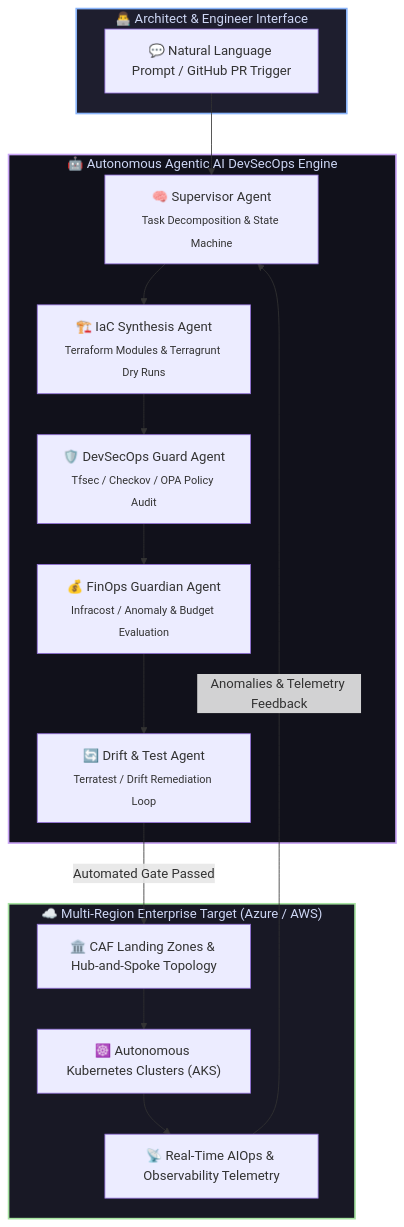
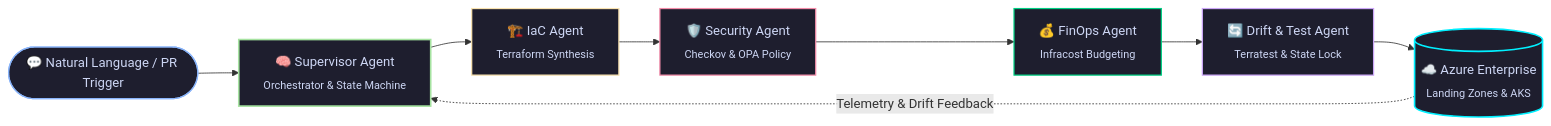
One commit to saurabh2017sln-oss/saurabh2017sln-oss changed the first of 12 diagrams in README.md. Above: the diagram before and after it, drawn with Mermaid. The commit also changed other lines of this file, not shown here.

Commit message:
feat: redesign multi-agent architecture to horizontal layout with interactive CLI terminal and role matrix

````diff
--- a/README.md
+++ b/README.md
@@ -99,34 +99,18 @@
 ```mermaid
-flowchart TD
-    subgraph UserLayer["👨‍💻 Architect & Engineer Interface"]
-        Prompt["💬 Natural Language Prompt / GitHub PR Trigger"]
-    end
+flowchart LR
+    User(["💬 Natural Language / PR Trigger"]) --> Sup["🧠 Supervisor Agent<br/><sub>Orchestrator & State Machine</sub>"]
+    Sup --> IaC["🏗️ IaC Agent<br/><sub>Terraform Synthesis</sub>"]
+    IaC --> Sec["🛡️ Security Agent<br/><sub>Checkov & OPA Policy</sub>"]
+    Sec --> Fin["💰 FinOps Agent<br/><sub>Infracost Budgeting</sub>"]
+    Fin --> Drift["🔄 Drift & Test Agent<br/><sub>Terratest & State Lock</sub>"]
+    Drift --> Target[("☁️ Azure Enterprise<br/><sub>Landing Zones & AKS</sub>")]
+    Target -.->|"Telemetry & Drift Feedback"| Sup
 
-    subgraph AgenticCore["🤖 Autonomous Agentic AI DevSecOps Engine"]
-        Supervisor["🧠 Supervisor Agent<br/><sub>Task Decomposition & State Machine</sub>"]
-        IaCAgent["🏗️ IaC Synthesis Agent<br/><sub>Terraform Modules & Terragrunt Dry Runs</sub>"]
-        SecurityAgent["🛡️ DevSecOps Guard Agent<br/><sub>Tfsec / Checkov / OPA Policy Audit</sub>"]
-        FinOpsAgent["💰 FinOps Guardian Agent<br/><sub>Infracost / Anomaly & Budget Evaluation</sub>"]
-        DriftAgent["🔄 Drift & Test Agent<br/><sub>Terratest / Drift Remediation Loop</sub>"]
-    end
-
-    subgraph CloudTarget["☁️ Multi-Region Enterprise Target (Azure / AWS)"]
-        LandingZone["🏛️ CAF Landing Zones & Hub-and-Spoke Topology"]
-        K8s["☸️ Autonomous Kubernetes Clusters (AKS)"]
-        Telemetry["📡 Real-Time AIOps & Observability Telemetry"]
-    end
-
-    Prompt --> Supervisor
-    Supervisor --> IaCAgent
-    IaCAgent --> SecurityAgent
-    SecurityAgent --> FinOpsAgent
-    FinOpsAgent --> DriftAgent
-    DriftAgent -->|"Automated Gate Passed"| LandingZone
-    LandingZone --> K8s
-    K8s --> Telemetry
-    Telemetry -->|"Anomalies & Telemetry Feedback"| Supervisor
-
-    style UserLayer fill:#1e1e2e,stroke:#89b4fa,stroke-width:2px,color:#cdd6f4
-    style AgenticCore fill:#11111b,stroke:#cba6f7,stroke-width:2px,color:#cdd6f4
-    style CloudTarget fill:#181825,stroke:#a6e3a1,stroke-width:2px,color:#cdd6f4
+    style User fill:#1e1e2e,stroke:#89b4fa,stroke-width:1.5px,color:#cdd6f4
+    style Sup fill:#1e1e2e,stroke:#a6e3a1,stroke-width:2px,color:#cdd6f4
+    style IaC fill:#1e1e2e,stroke:#f9e2af,stroke-width:1.5px,color:#cdd6f4
+    style Sec fill:#1e1e2e,stroke:#f38ba8,stroke-width:1.5px,color:#cdd6f4
+    style Fin fill:#1e1e2e,stroke:#00D084,stroke-width:1.5px,color:#cdd6f4
+    style Drift fill:#1e1e2e,stroke:#cba6f7,stroke-width:1.5px,color:#cdd6f4
+    style Target fill:#1e1e2e,stroke:#00F0FF,stroke-width:2px,color:#cdd6f4
 ```
````
